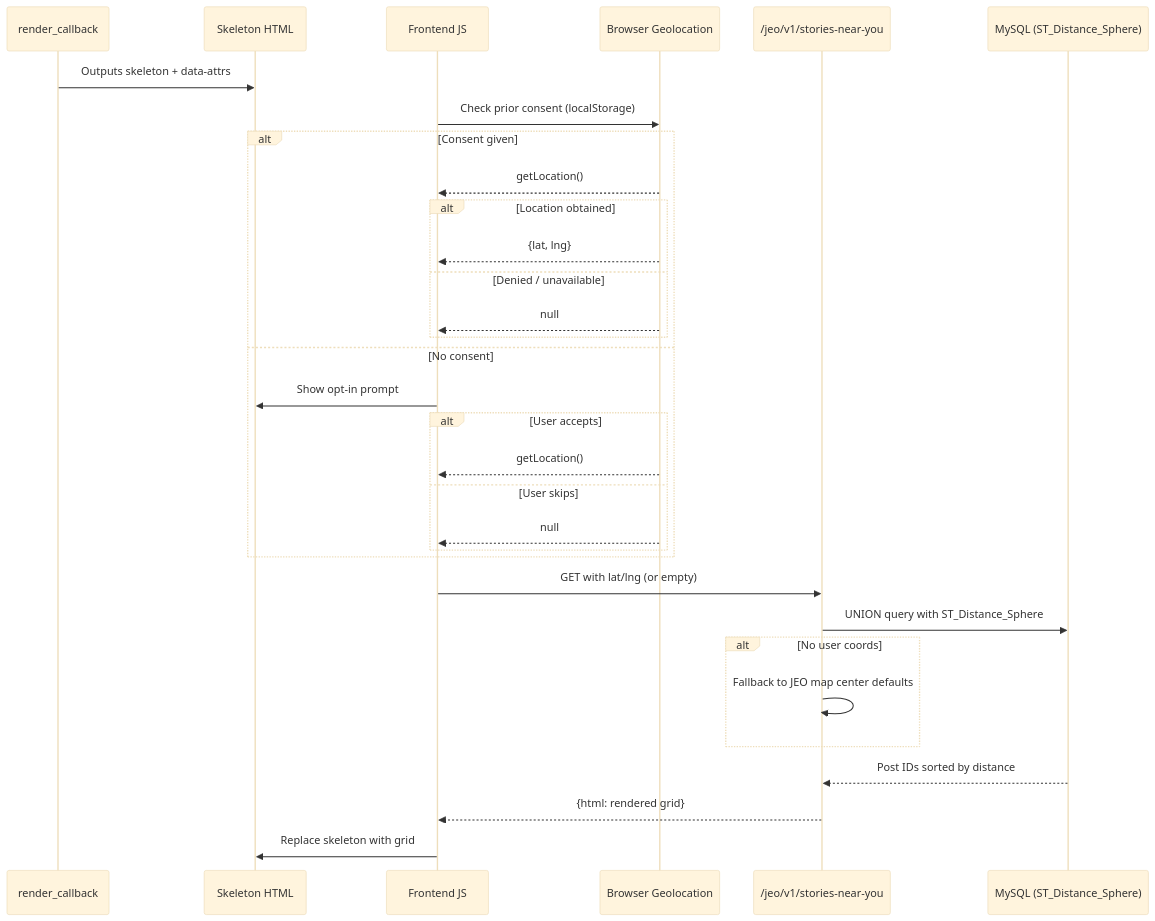
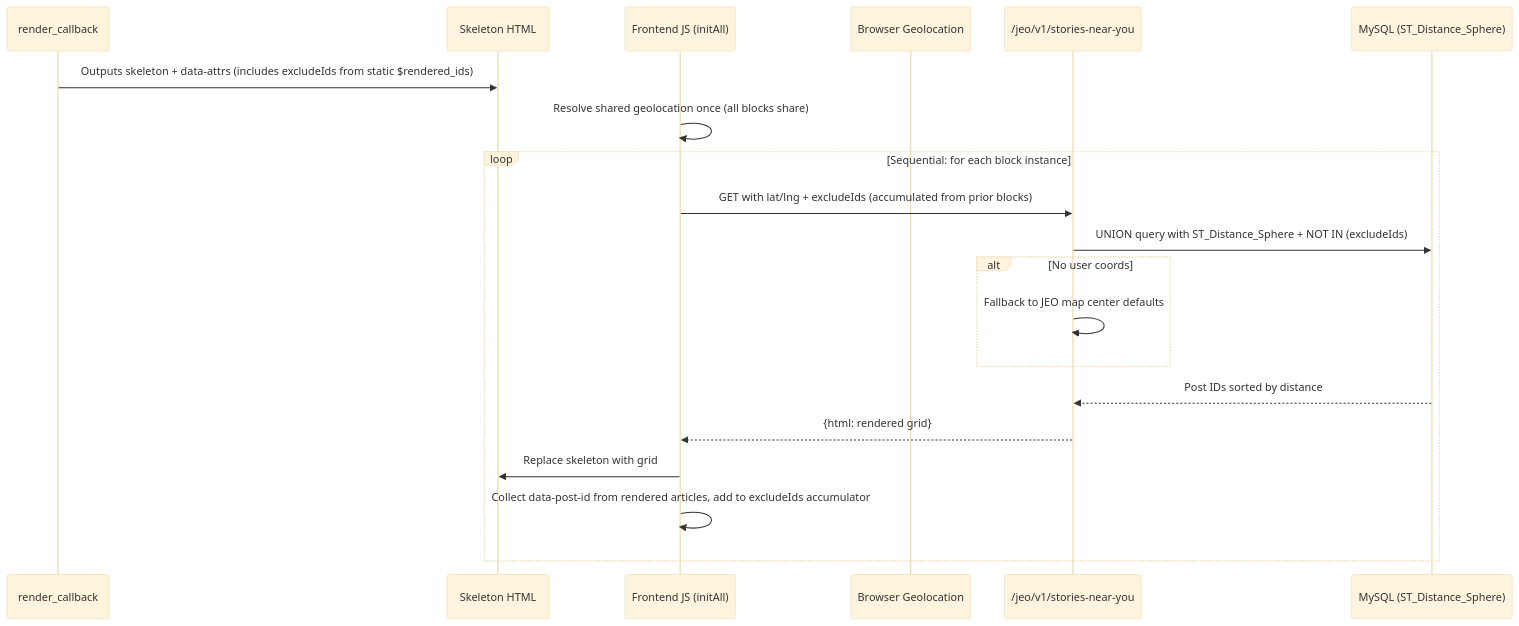
One commit to InfoAmazonia/jeo-plugin changed the diagram in .architecture/stories-near-you/README.md. Above: the diagram before and after it, drawn with Mermaid (base theme). The commit also changed other lines of this file and 2 other files, not shown here.

Commit message:
Implement deduplication on Stories Near You block

````diff
--- a/.architecture/stories-near-you/README.md
+++ b/.architecture/stories-near-you/README.md
@@ -16,35 +16,23 @@
 ```mermaid
 sequenceDiagram
     participant PHP as render_callback
     participant HTML as Skeleton HTML
-    participant JS as Frontend JS
+    participant JS as Frontend JS (initAll)
     participant GEO as Browser Geolocation
     participant REST as /jeo/v1/stories-near-you
     participant DB as MySQL (ST_Distance_Sphere)
 
-    PHP->>HTML: Outputs skeleton + data-attrs
-    JS->>GEO: Check prior consent (localStorage)
-    alt Consent given
-        GEO-->>JS: getLocation()
-        alt Location obtained
-            GEO-->>JS: {lat, lng}
-        else Denied / unavailable
-            GEO-->>JS: null
+    PHP->>HTML: Outputs skeleton + data-attrs (includes excludeIds from static $rendered_ids)
+    JS->>JS: Resolve shared geolocation once (all blocks share)
+    loop Sequential: for each block instance
+        JS->>REST: GET with lat/lng + excludeIds (accumulated from prior blocks)
+        REST->>DB: UNION query with ST_Distance_Sphere + NOT IN (excludeIds)
+        alt No user coords
+            REST->>REST: Fallback to JEO map center defaults
         end
-    else No consent
-        JS->>HTML: Show opt-in prompt
-        alt User accepts
-            GEO-->>JS: getLocation()
-        else User skips
-            GEO-->>JS: null
-        end
+        DB-->>REST: Post IDs sorted by distance
+        REST-->>JS: {html: rendered grid}
+        JS->>HTML: Replace skeleton with grid
+        JS->>JS: Collect data-post-id from rendered articles, add to excludeIds accumulator
     end
-    JS->>REST: GET with lat/lng (or empty)
-    REST->>DB: UNION query with ST_Distance_Sphere
-    alt No user coords
-        REST->>REST: Fallback to JEO map center defaults
-    end
-    DB-->>REST: Post IDs sorted by distance
-    REST-->>JS: {html: rendered grid}
-    JS->>HTML: Replace skeleton with grid
 ```
````
